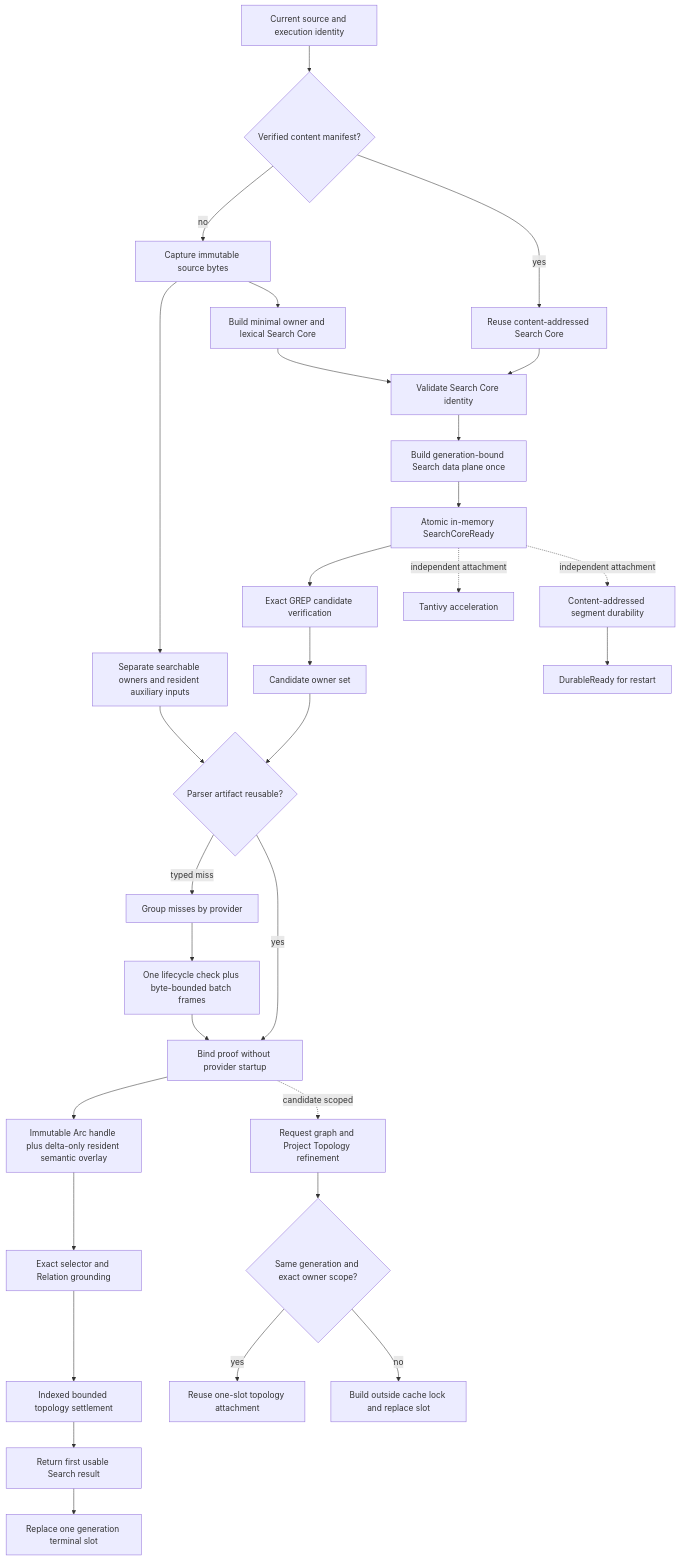
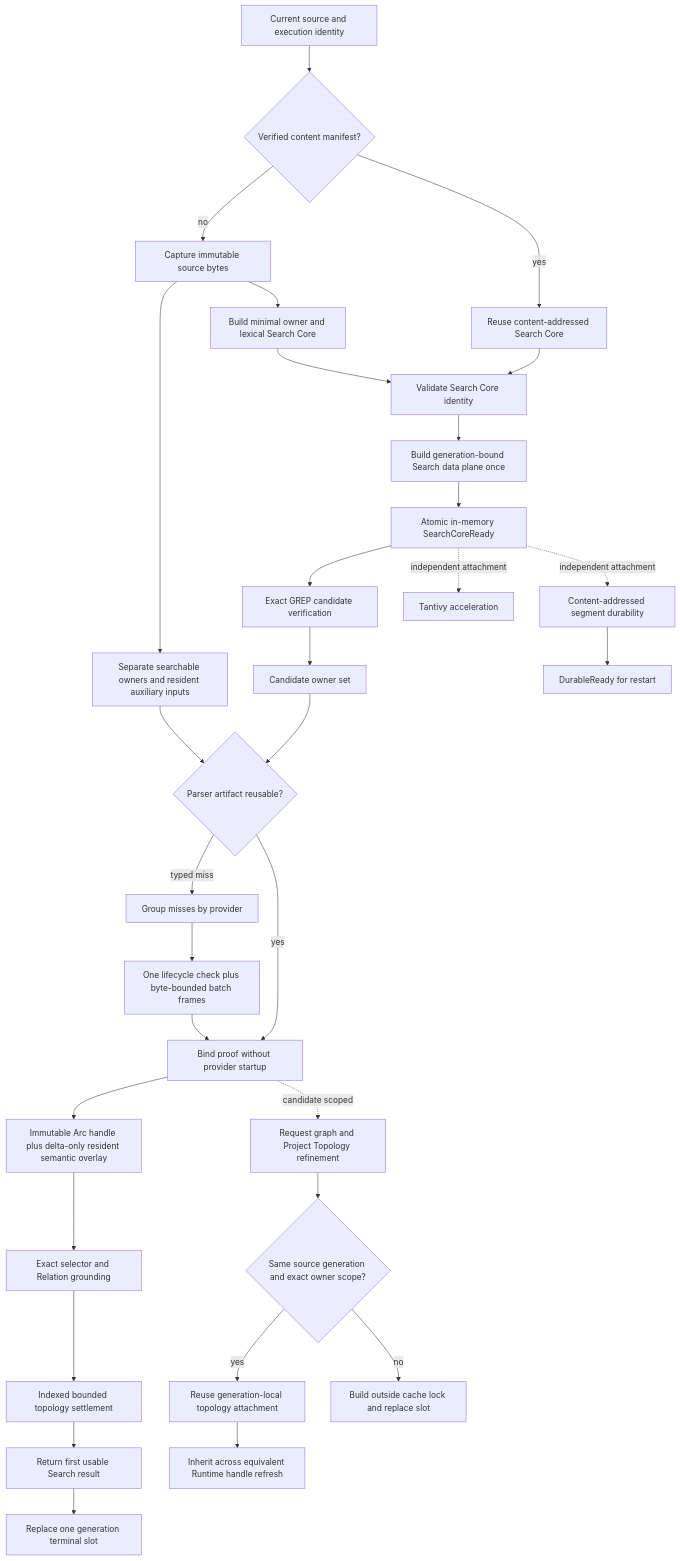
One commit to tao3k/agent-semantic-protocols changed the diagram in docs/10-19-rfcs/10.20-tgrep-performance-architecture-research.org. Above: the diagram before and after it, drawn with Mermaid. The commit also changed other lines of this file and 34 other files, not shown here.

Commit message:
optimize resident search topology and response reuse

```diff
--- a/docs/10-19-rfcs/10.20-tgrep-performance-architecture-research.org
+++ b/docs/10-19-rfcs/10.20-tgrep-performance-architecture-research.org
@@ -705,32 +705,33 @@
 #+begin_src mermaid :exports code
 flowchart TD
   A[Current source and execution identity] --> B{Verified content manifest?}
   B -->|yes| C[Reuse content-addressed Search Core]
   B -->|no| D[Capture immutable source bytes]
   D --> U[Separate searchable owners and resident auxiliary inputs]
   D --> E[Build minimal owner and lexical Search Core]
   C --> F[Validate Search Core identity]
   E --> F
   F --> X[Build generation-bound Search data plane once]
   X --> G[Atomic in-memory SearchCoreReady]
   G --> H[Exact GREP candidate verification]
   H --> I[Candidate owner set]
   I --> J{Parser artifact reusable?}
   U --> J
   J -->|yes| K[Bind proof without provider startup]
   J -->|typed miss| L[Group misses by provider]
   L --> T[One lifecycle check plus byte-bounded batch frames]
   T --> K
   K --> S[Immutable Arc handle plus delta-only resident semantic overlay]
   S --> M[Exact selector and Relation grounding]
   M --> Z[Indexed bounded topology settlement]
   Z --> N[Return first usable Search result]
   N --> AA[Replace one generation terminal slot]
   G -. independent attachment .-> O[Content-addressed segment durability]
   G -. independent attachment .-> P[Tantivy acceleration]
   K -. candidate scoped .-> Q[Request graph and Project Topology refinement]
-  Q --> V{Same generation and exact owner scope?}
-  V -->|yes| W[Reuse one-slot topology attachment]
+  Q --> V{Same source generation and exact owner scope?}
+  V -->|yes| W[Reuse generation-local topology attachment]
   V -->|no| Y[Build outside cache lock and replace slot]
+  W --> WI[Inherit across equivalent Runtime handle refresh]
   O --> R[DurableReady for restart]
 #+end_src
```
